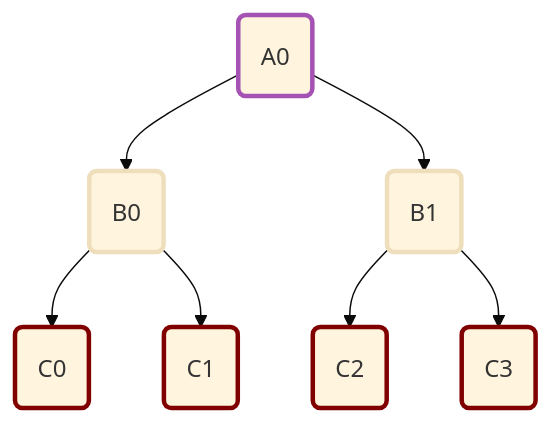
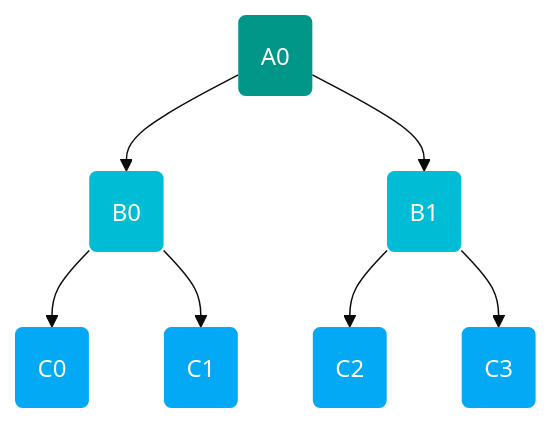
Before and after one commit to OpenQuantumDesign/oqd-compiler-infrastructure: the diagram in docs/explanation/infrastructure.md, drawn with Mermaid (base theme). The commit also changed other lines of this file, not shown here.

````diff
--- a/docs/explanation/infrastructure.md
+++ b/docs/explanation/infrastructure.md
@@ -135,21 +15,19 @@
 ```mermaid
     graph TD
-    element0("B0"):::OperatorMul
-    element1("C2"):::Pauli
-    element2("C3"):::Pauli
-    element3("B1"):::OperatorMul
+    element0("B0"):::L2
+    element1("C2"):::L3
+    element2("C3"):::L3
+    element3("B1"):::L2
+    element4("A0"):::L1
+    element5("C0"):::L3
+	element6("C1"):::L3
+
     element3 --> element1 & element2
-    element4("A0"):::OperatorKron
     element4 --> element0 & element3
-    element5("C0"):::Pauli
-		element6("C1"):::Pauli
     element0 --> element5 & element6
-    classDef Pauli stroke:#800000,stroke-width:3px
-    classDef Ladder stroke:#700000,stroke-width:3px
-    classDef OperatorAdd stroke:#3495BD,stroke-width:3px
-    classDef OperatorScalarMul stroke:#500000,stroke-width:3px
-    classDef OperatorKron stroke:#A452B3,stroke-width:3px
-    classDef OperatorMul stroke:300000,stroke-width:3px
-    classDef MathExpr stroke:#100000,stroke-width:3px
+
+    classDef L1 stroke:#FFFFFF00,fill:#009688,color:#ffffff
+    classDef L2 stroke:#FFFFFF00,fill:#00BCD4,color:#ffffff
+    classDef L3 stroke:#FFFFFF00,fill:#03A9F4,color:#ffffff
 
 ```
````
